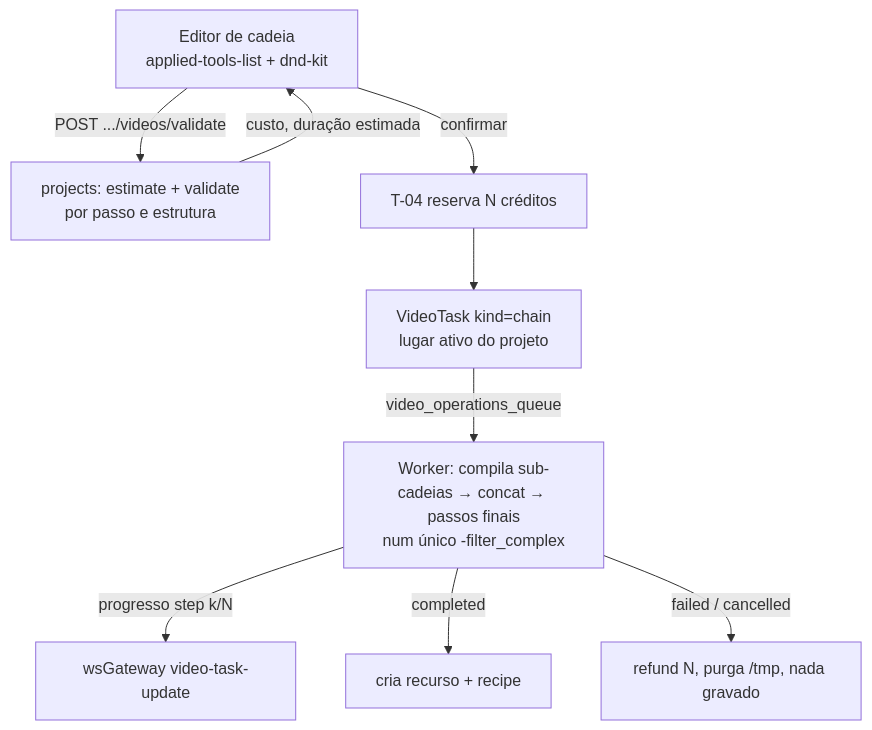
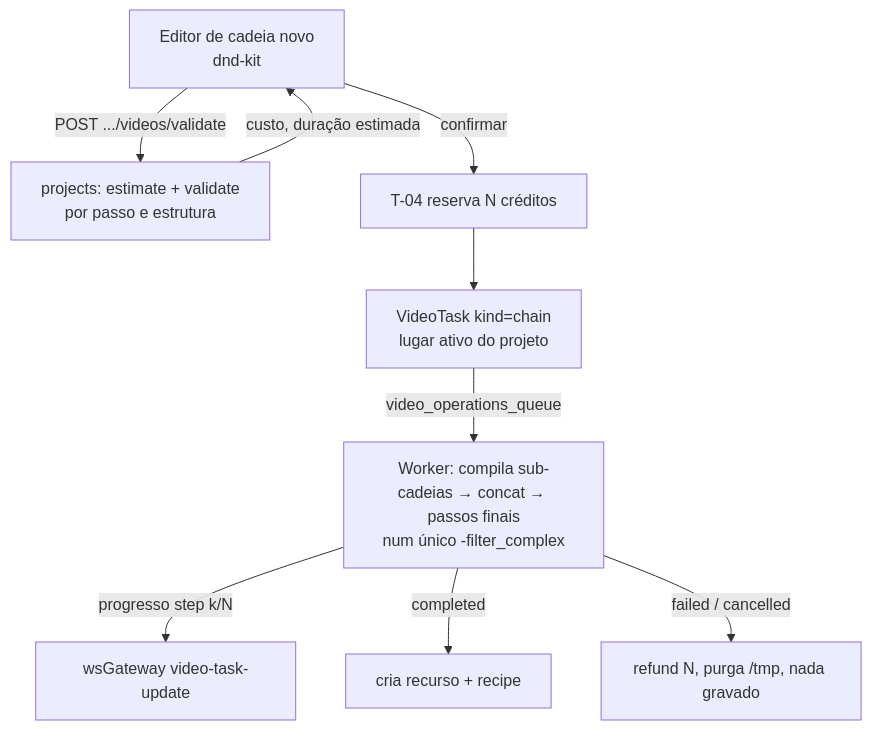
One commit to luis444coelho/picturas-27-extension changed the seventh of 8 diagrams in docs/add.md. Above: the diagram before and after it, drawn with Mermaid. The commit also changed other lines of this file, not shown here.

````diff
--- a/docs/add.md
+++ b/docs/add.md
@@ -915,11 +991,11 @@
 ```mermaid
 flowchart TD
-    UI[Editor de cadeia<br/>applied-tools-list + dnd-kit] -->|POST .../videos/validate| V[projects: estimate + validate<br/>por passo e estrutura]
+    UI[Editor de cadeia novo<br/>dnd-kit] -->|POST .../videos/validate| V[projects: estimate + validate<br/>por passo e estrutura]
     V -->|custo, duração estimada| UI
     UI -->|confirmar| R[T-04 reserva N créditos]
     R --> T[VideoTask kind=chain<br/>lugar ativo do projeto]
     T -->|video_operations_queue| W[Worker: compila sub-cadeias → concat → passos finais<br/>num único -filter_complex]
     W -->|progresso step k/N| WS[wsGateway video-task-update]
     W -->|completed| OK[cria recurso + recipe]
     W -->|failed / cancelled| KO[refund N, purga /tmp, nada gravado]
 ```
````
